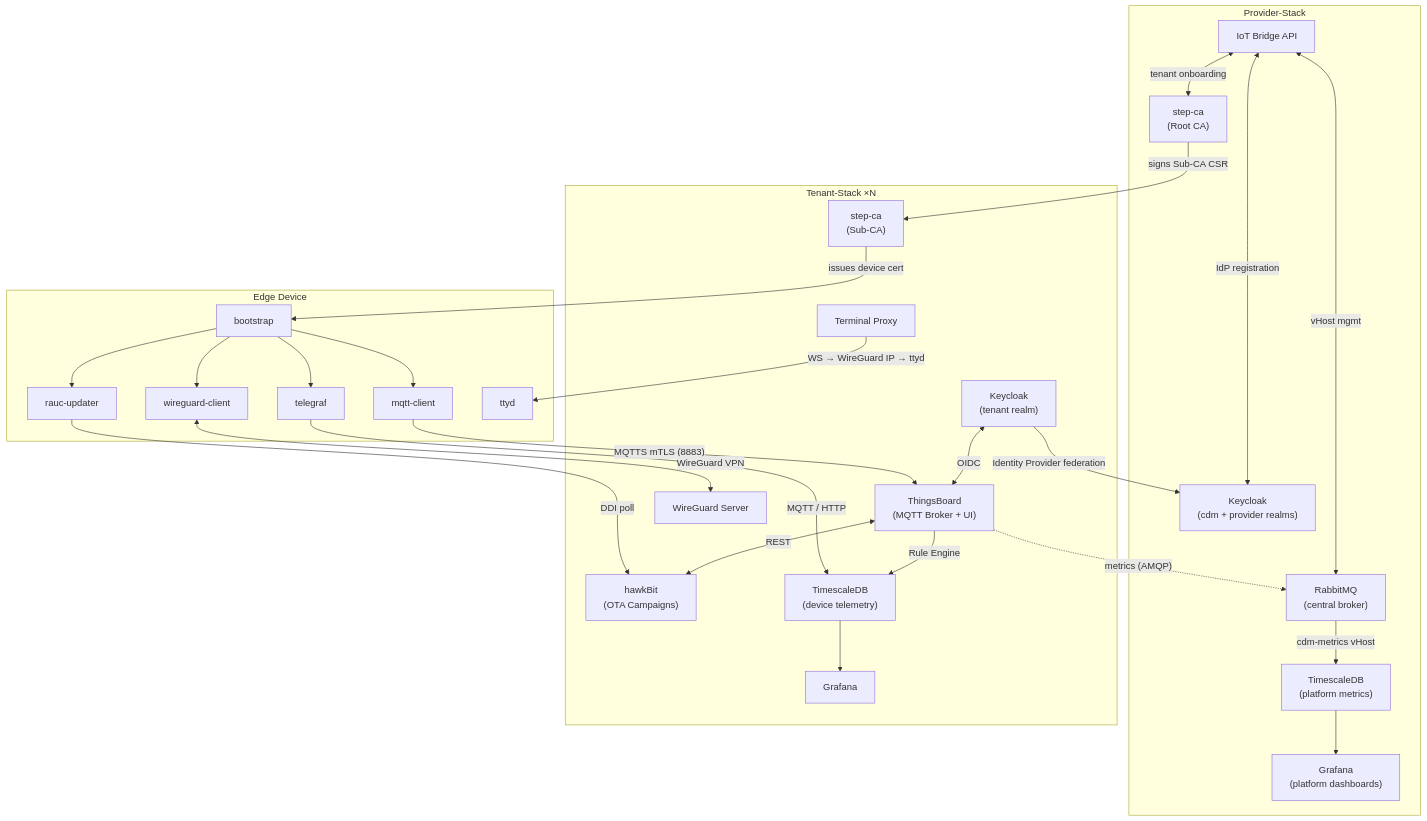
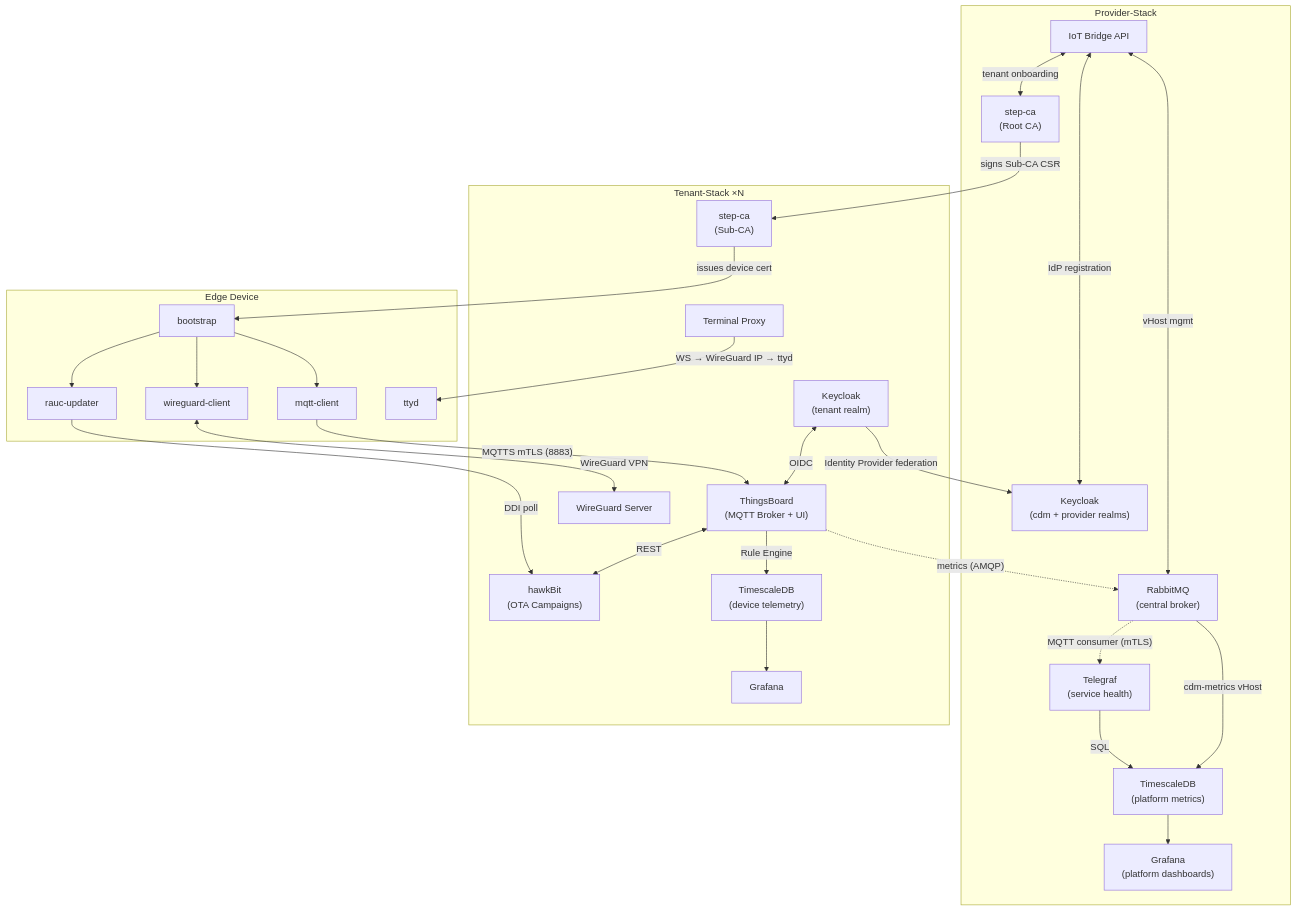
The first of 5 diagrams in docs/architecture/index.md (the78mole/complete-device-management), drawn with Mermaid before and after one commit. The commit also changed 8 other files, not shown here.

````diff
--- a/docs/architecture/index.md
+++ b/docs/architecture/index.md
@@ -17,64 +17,64 @@
 ```mermaid
 graph TB
     subgraph provider["Provider-Stack"]
         KC_P["Keycloak<br>(cdm + provider realms)"]
         RMQ["RabbitMQ<br>(central broker)"]
+        TLG["Telegraf<br>(service health)"]
         IDB_P["TimescaleDB<br>(platform metrics)"]
         GRF_P["Grafana<br>(platform dashboards)"]
         SCA_P["step-ca<br>(Root CA)"]
         IBA["IoT Bridge API"]
     end
 
     subgraph tenant["Tenant-Stack  ×N"]
         KC_T["Keycloak<br>(tenant realm)"]
         TB["ThingsBoard<br>(MQTT Broker + UI)"]
         HB["hawkBit<br>(OTA Campaigns)"]
         SCA_T["step-ca<br>(Sub-CA)"]
         WGS["WireGuard Server"]
         IDB_T["TimescaleDB<br>(device telemetry)"]
         GRF_T["Grafana"]
         TXP["Terminal Proxy"]
 
         KC_T <-->|OIDC| TB
         TB <-->|REST| HB
         TB -->|Rule Engine| IDB_T
         IDB_T --> GRF_T
     end
 
     subgraph device["Edge Device"]
         BST["bootstrap"]
         WGC["wireguard-client"]
         MQC["mqtt-client"]
-        TLG["telegraf"]
         RAU["rauc-updater"]
         TTD["ttyd"]
         BST --> WGC
         BST --> MQC
-        BST --> TLG
         BST --> RAU
     end
 
     %% PKI chain
     SCA_P -->|"signs Sub-CA CSR"| SCA_T
     SCA_T -->|"issues device cert"| BST
 
     %% Keycloak federation
     KC_T -->|"Identity Provider federation"| KC_P
 
     %% Device connections
     MQC -->|"MQTTS mTLS (8883)"| TB
     WGC <-->|"WireGuard VPN"| WGS
-    TLG -->|"MQTT / HTTP"| IDB_T
     RAU -->|"DDI poll"| HB
     TXP -->|"WS → WireGuard IP → ttyd"| TTD
 
     %% Tenant → Provider
     TB -.->|"metrics (AMQP)"| RMQ
     RMQ -->|"cdm-metrics vHost"| IDB_P
+    RMQ -.->|"MQTT consumer (mTLS)"| TLG
+    TLG -->|"SQL"| IDB_P
     IDB_P --> GRF_P
 
     %% Management
     IBA <-->|"tenant onboarding"| SCA_P
     IBA <-->|"vHost mgmt"| RMQ
     IBA <-->|"IdP registration"| KC_P
 ```
````
